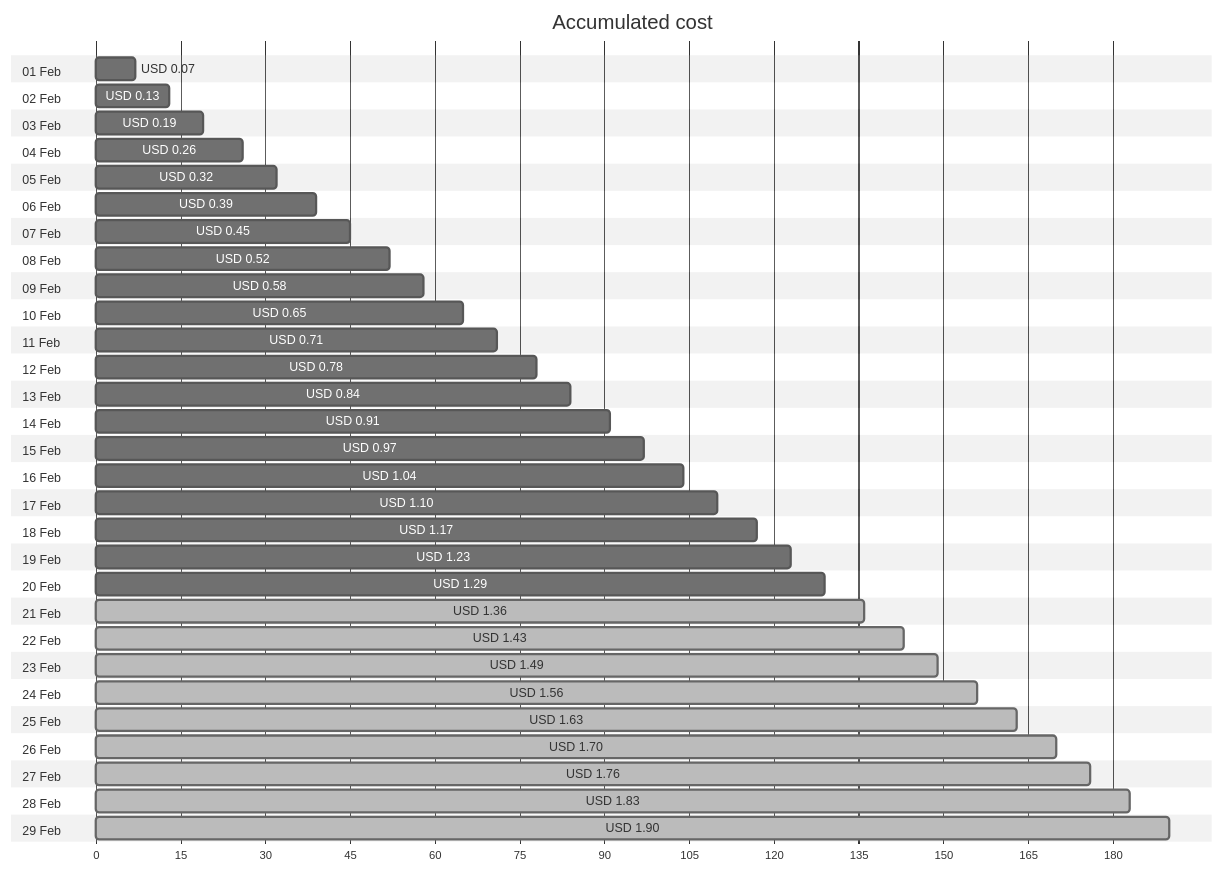
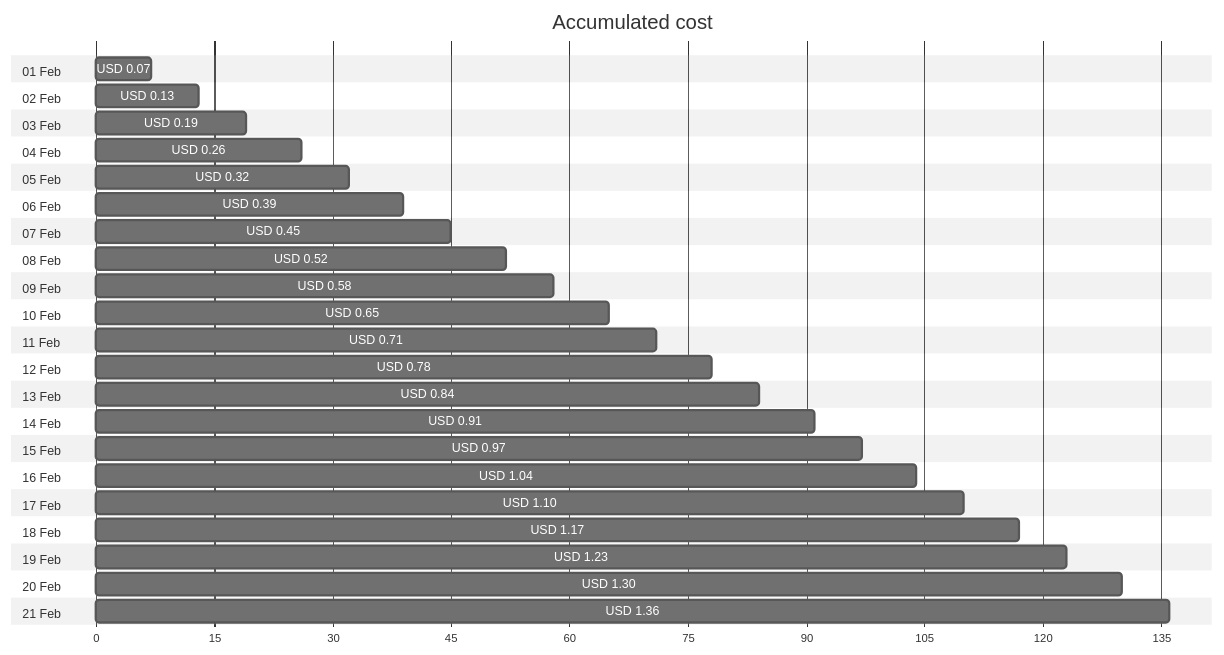
One commit to jpfulton/azure-personal-reports changed the first of 4 diagrams in cost-reports/personal-network/backup-server_OsDisk.md. Above: the diagram before and after it, drawn with Mermaid (neutral theme). The commit also changed other lines of this file and 8 other files, not shown here.

````diff
--- a/cost-reports/personal-network/backup-server_OsDisk.md
+++ b/cost-reports/personal-network/backup-server_OsDisk.md
@@ -20,64 +20,48 @@
 ```mermaid
 gantt
    title Accumulated cost
    dateFormat  X
    axisFormat %s
    section 01 Feb
    USD 0.07 :0, 7
    section 02 Feb
    USD 0.13 :0, 13
    section 03 Feb
    USD 0.19 :0, 19
    section 04 Feb
    USD 0.26 :0, 26
    section 05 Feb
    USD 0.32 :0, 32
    section 06 Feb
    USD 0.39 :0, 39
    section 07 Feb
    USD 0.45 :0, 45
    section 08 Feb
    USD 0.52 :0, 52
    section 09 Feb
    USD 0.58 :0, 58
    section 10 Feb
    USD 0.65 :0, 65
    section 11 Feb
    USD 0.71 :0, 71
    section 12 Feb
    USD 0.78 :0, 78
    section 13 Feb
    USD 0.84 :0, 84
    section 14 Feb
    USD 0.91 :0, 91
    section 15 Feb
    USD 0.97 :0, 97
    section 16 Feb
    USD 1.04 :0, 104
    section 17 Feb
    USD 1.10 :0, 110
    section 18 Feb
    USD 1.17 :0, 117
    section 19 Feb
    USD 1.23 :0, 123
    section 20 Feb
-   USD 1.29 :0, 129
+   USD 1.30 :0, 130
    section 21 Feb
-   USD 1.36 : done, 0, 136
-   section 22 Feb
-   USD 1.43 : done, 0, 143
-   section 23 Feb
-   USD 1.49 : done, 0, 149
-   section 24 Feb
-   USD 1.56 : done, 0, 156
-   section 25 Feb
-   USD 1.63 : done, 0, 163
-   section 26 Feb
-   USD 1.70 : done, 0, 170
-   section 27 Feb
-   USD 1.76 : done, 0, 176
-   section 28 Feb
-   USD 1.83 : done, 0, 183
-   section 29 Feb
-   USD 1.90 : done, 0, 190
+   USD 1.36 :0, 136
 ```
````
